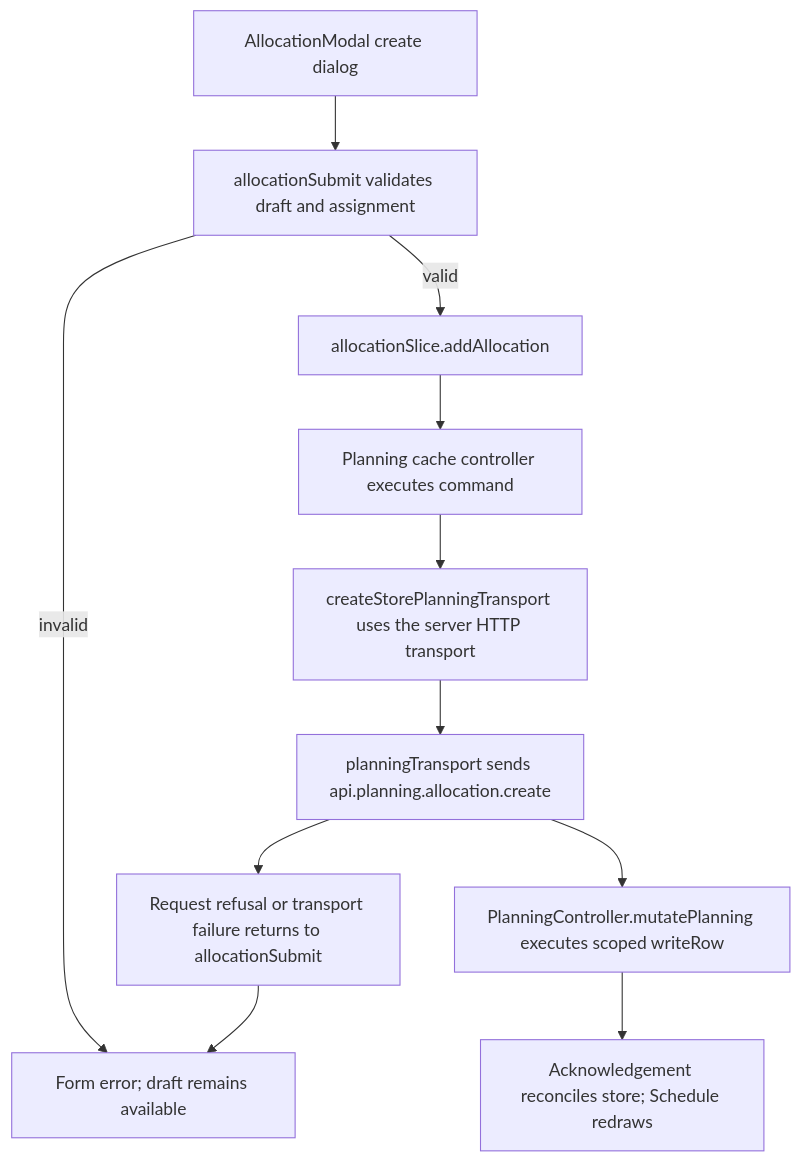
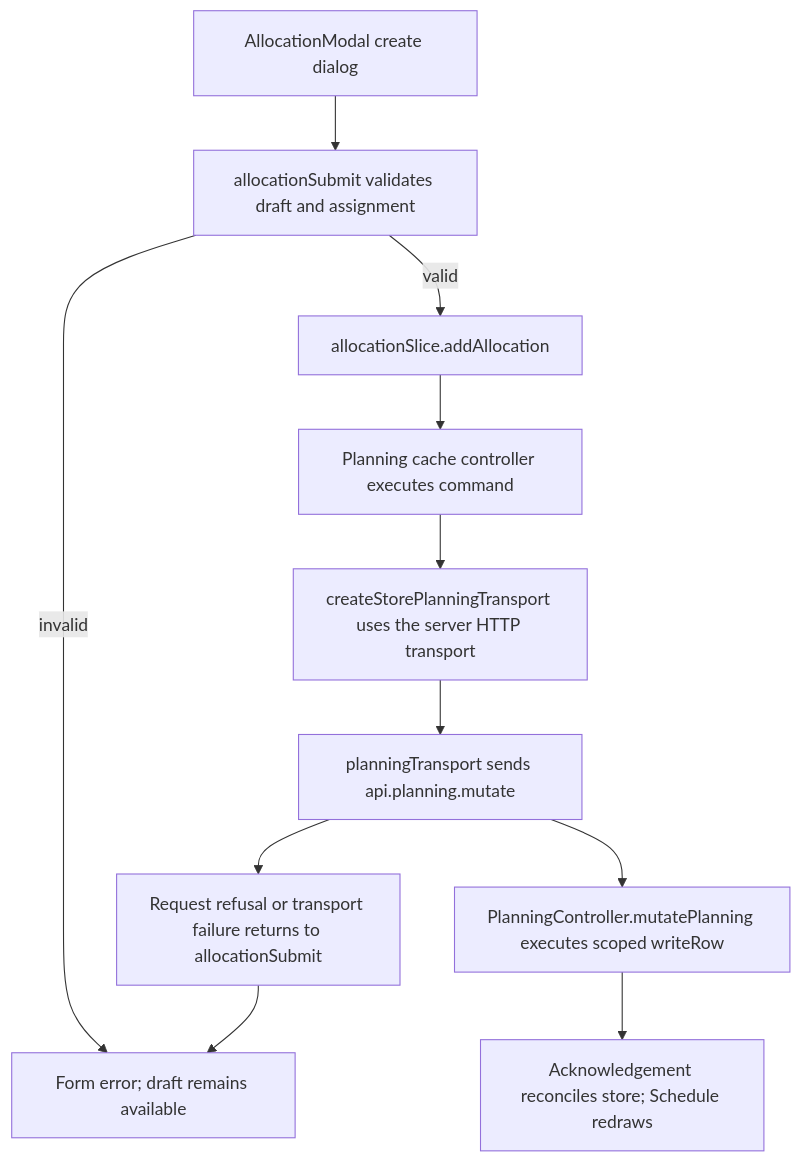
One commit to Kevinjohn/capacitylens changed the second of 2 diagrams in user-stories/allocation/US-ALL-01-create.md. Above: the diagram before and after it, drawn with Mermaid. The commit also changed 115 other files, not shown here.

````diff
--- a/user-stories/allocation/US-ALL-01-create.md
+++ b/user-stories/allocation/US-ALL-01-create.md
@@ -55,13 +55,13 @@
 ```mermaid
 flowchart TD
   A["AllocationModal create dialog"] --> B["allocationSubmit validates draft and assignment"]
   B -->|valid| C["allocationSlice.addAllocation"]
   B -->|invalid| I["Field/form error; dialog remains open"]
   C --> D["Planning cache controller executes command"]
   D --> E["createStorePlanningTransport uses the server HTTP transport"]
-  E --> F["planningTransport sends api.planning.allocation.create"]
+  E --> F["planningTransport sends api.planning.mutate"]
   F --> J["Request refusal or transport failure returns to allocationSubmit"]
   J --> I["Form error; draft remains available"]
   F --> G["PlanningController.mutatePlanning executes scoped writeRow"]
   G --> H["Acknowledgement reconciles store; Schedule redraws"]
 ```
````
